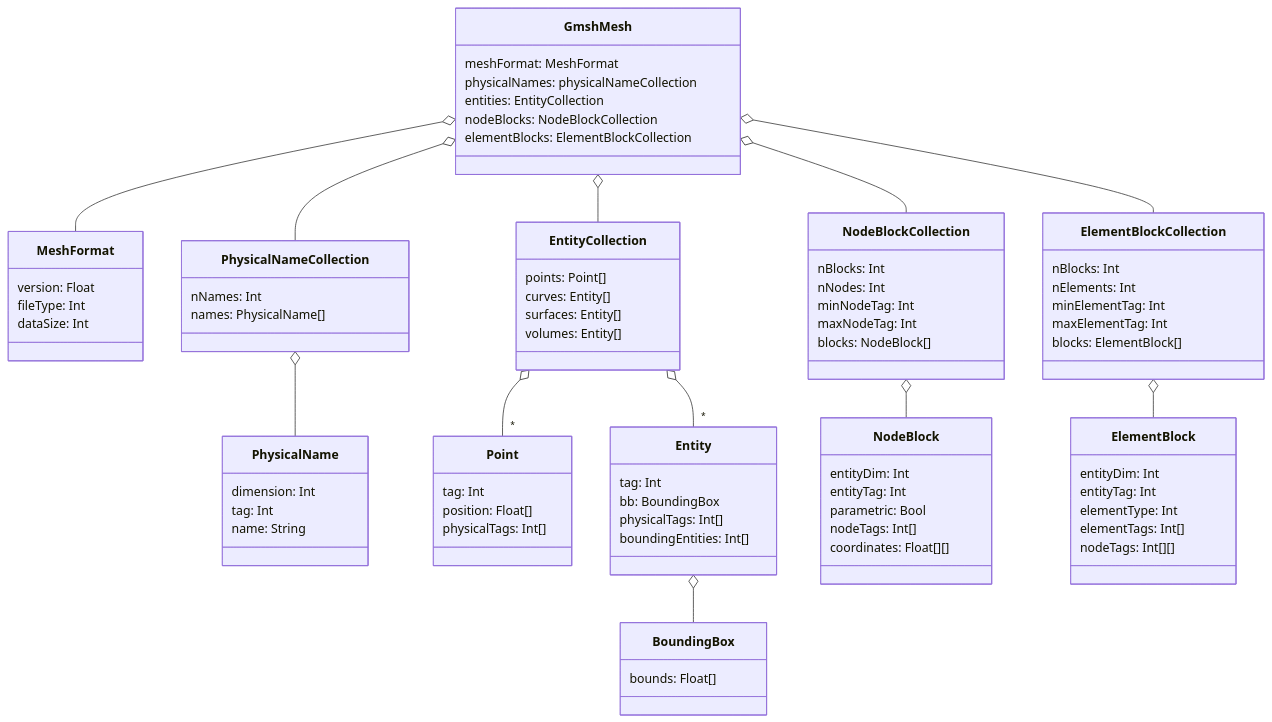
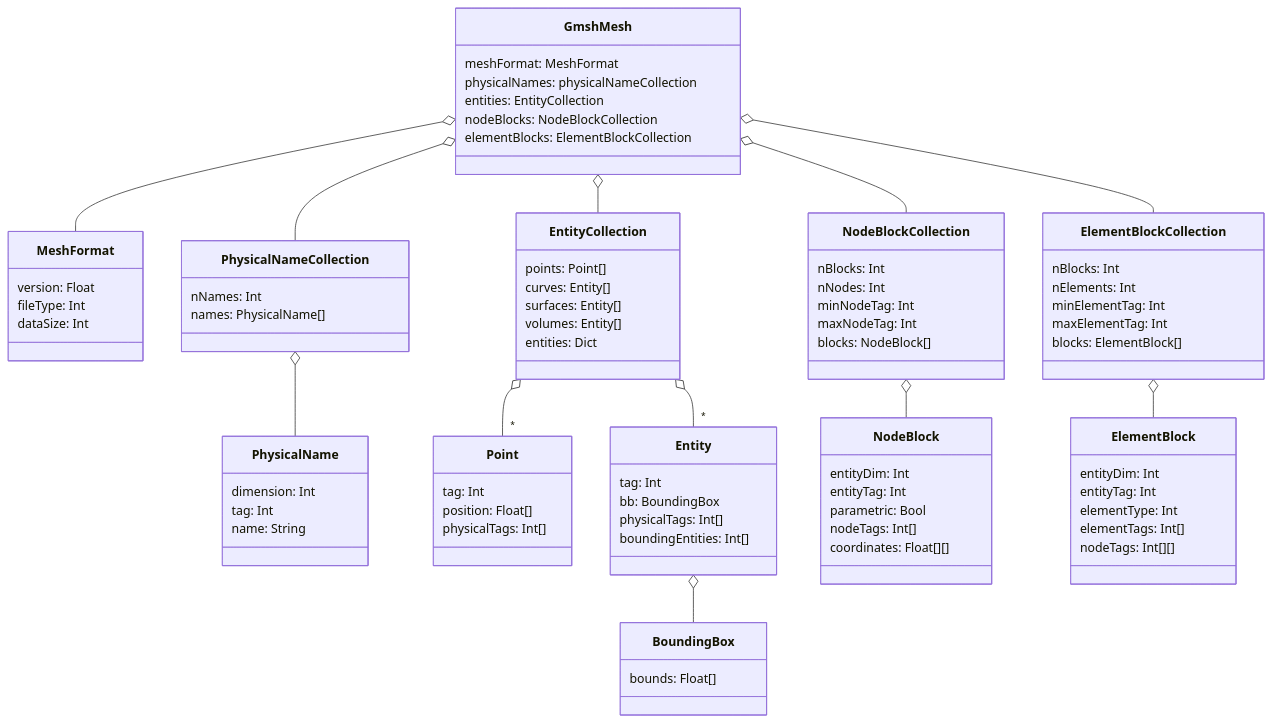
One commit to matthiasbaitsch/GmshJL changed the diagram in doc/gmsh-structs.md. Above: the diagram before and after it, drawn with Mermaid. The commit also changed 12 other files, not shown here.

```diff
--- a/doc/gmsh-structs.md
+++ b/doc/gmsh-structs.md
@@ -31,6 +31,7 @@
       curves: Entity[]
       surfaces: Entity[]
       volumes: Entity[]
+      entities: Dict
     }
     class Point {
       tag: Int
```
